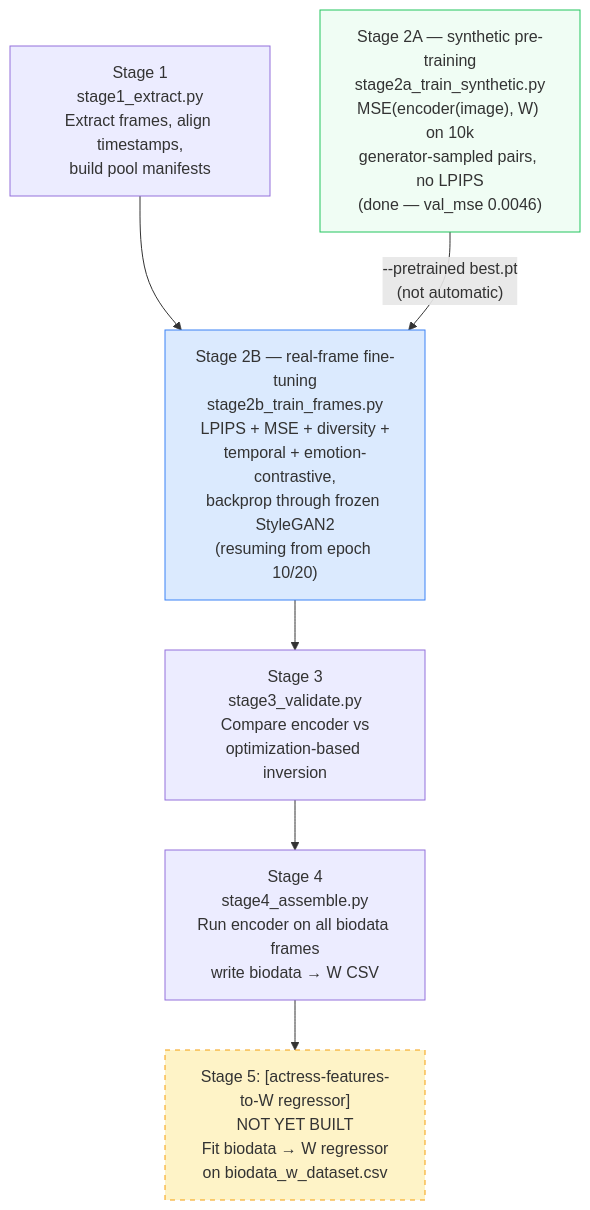
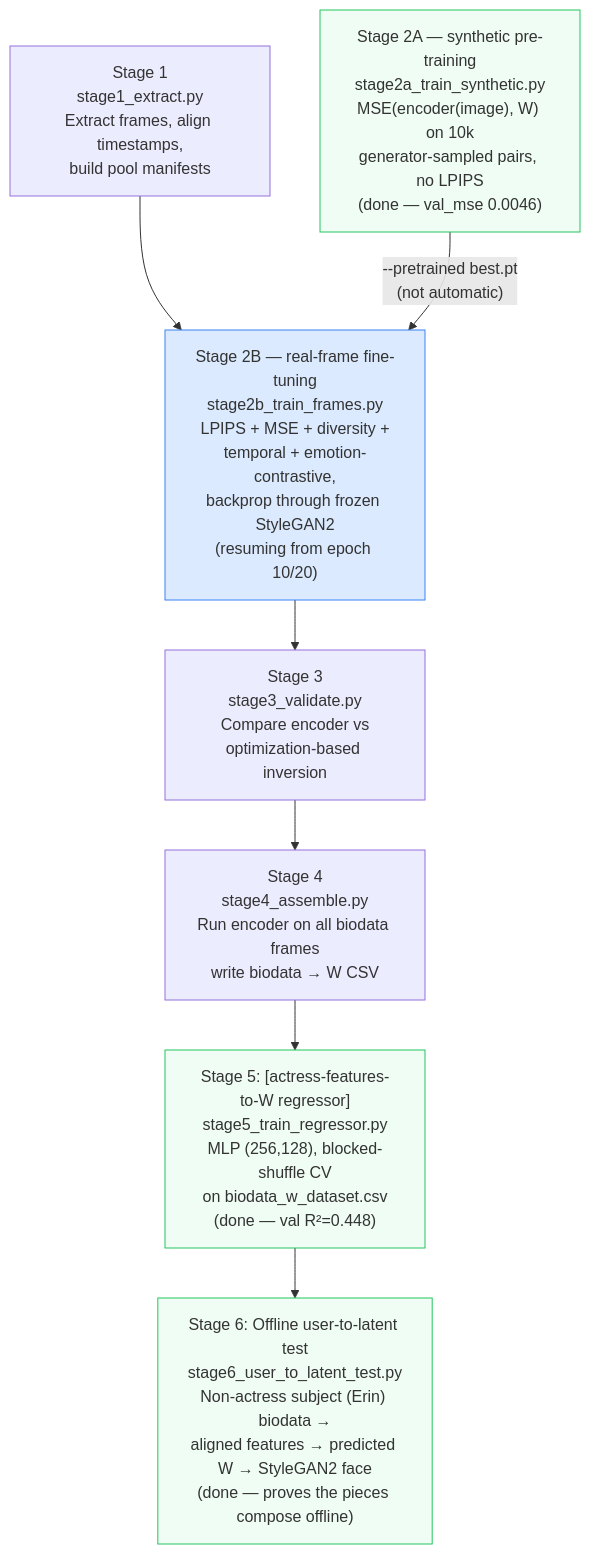
One commit to mXlab/crocodile changed the third of 3 diagrams in pipeline_diagram.md. Above: the diagram before and after it, drawn with Mermaid. The commit also changed other lines of this file, not shown here.

Commit message:
Marked Stage 5 regressor complete and added Stage 6 in pipeline diagram

````diff
--- a/pipeline_diagram.md
+++ b/pipeline_diagram.md
@@ -165,17 +165,19 @@
 ```mermaid
 flowchart TD
     S1["Stage 1\nstage1_extract.py\nExtract frames, align timestamps,\nbuild pool manifests"]
     S2A["Stage 2A — synthetic pre-training\nstage2a_train_synthetic.py\nMSE(encoder(image), W) on 10k\ngenerator-sampled pairs, no LPIPS\n(done — val_mse 0.0046)"]
     S2B["Stage 2B — real-frame fine-tuning\nstage2b_train_frames.py\nLPIPS + MSE + diversity +\ntemporal + emotion-contrastive,\nbackprop through frozen StyleGAN2\n(resuming from epoch 10/20)"]
     S3["Stage 3\nstage3_validate.py\nCompare encoder vs\noptimization-based inversion"]
     S4["Stage 4\nstage4_assemble.py\nRun encoder on all biodata frames\nwrite biodata → W CSV"]
-    S5["Stage 5: [actress-features-to-W regressor]\nNOT YET BUILT\nFit biodata → W regressor\non biodata_w_dataset.csv"]
+    S5["Stage 5: [actress-features-to-W regressor]\nstage5_train_regressor.py\nMLP (256,128), blocked-shuffle CV\non biodata_w_dataset.csv\n(done — val R²=0.448)"]
+    S6["Stage 6: Offline user-to-latent test\nstage6_user_to_latent_test.py\nNon-actress subject (Erin) biodata →\naligned features → predicted W → StyleGAN2 face\n(done — proves the pieces compose offline)"]
 
     S1 --> S2B
     S2A -->|"--pretrained best.pt\n(not automatic)"| S2B
-    S2B --> S3 --> S4 --> S5
+    S2B --> S3 --> S4 --> S5 --> S6
 
     style S2A fill:#f0fdf4,stroke:#22c55e
     style S2B fill:#dbeafe,stroke:#3b82f6
-    style S5 fill:#fef3c7,stroke:#f59e0b,stroke-dasharray: 5 5
+    style S5 fill:#f0fdf4,stroke:#22c55e
+    style S6 fill:#f0fdf4,stroke:#22c55e
 ```
````
